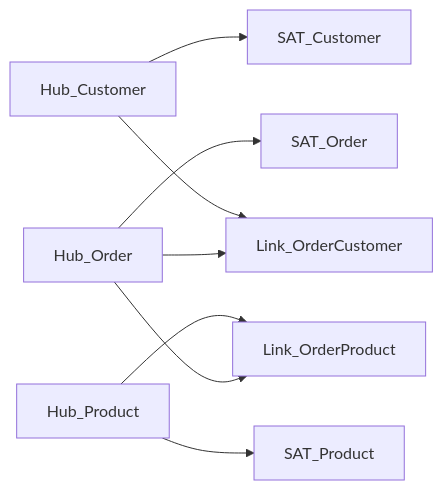
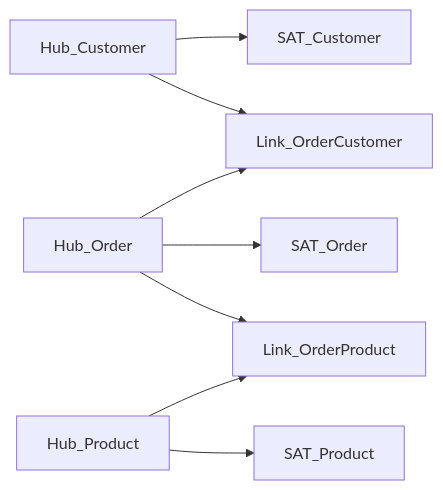
Before and after one commit to dementev-dev/de-roadmap: the sixth of 10 diagrams in dwh-modeling-basics.md, drawn with Mermaid. The commit also changed other lines of this file, not shown here.

````diff
--- a/dwh-modeling-basics.md
+++ b/dwh-modeling-basics.md
@@ -185,10 +186,27 @@
 ```mermaid
 flowchart LR
-  HC[Hub_Customer] --> SC[SAT_Customer]
-  HP[Hub_Product] --> SP[SAT_Product]
-  HO[Hub_Order] --> SO[SAT_Order]
-  HO --> LOP[Link_OrderProduct]
+  %% Hubs (слева)
+  HC[Hub_Customer]
+  HO[Hub_Order]
+  HP[Hub_Product]
+
+  %% Links (центр)
+  LOC[Link_OrderCustomer]
+  LOP[Link_OrderProduct]
+
+  %% Satellites (справа)
+  SC[SAT_Customer]
+  SO[SAT_Order]
+  SP[SAT_Product]
+
+  %% Связи к сателлитам
+  HC --> SC
+  HO --> SO
+  HP --> SP
+
+  %% Связи между хабами и линками
+  HC --> LOC
+  HO --> LOC
+  HO --> LOP
   HP --> LOP
-  HO --> LOC[Link_OrderCustomer]
-  HC --> LOC
 ```
````
